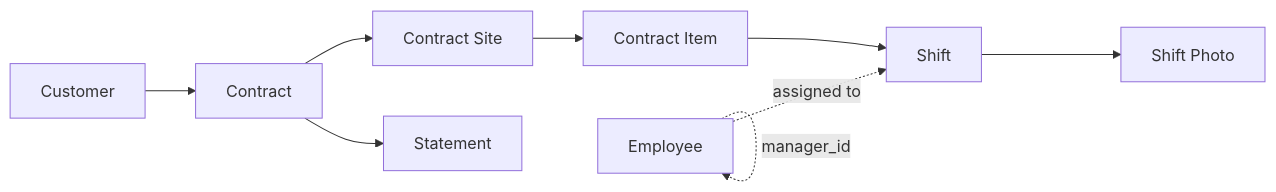
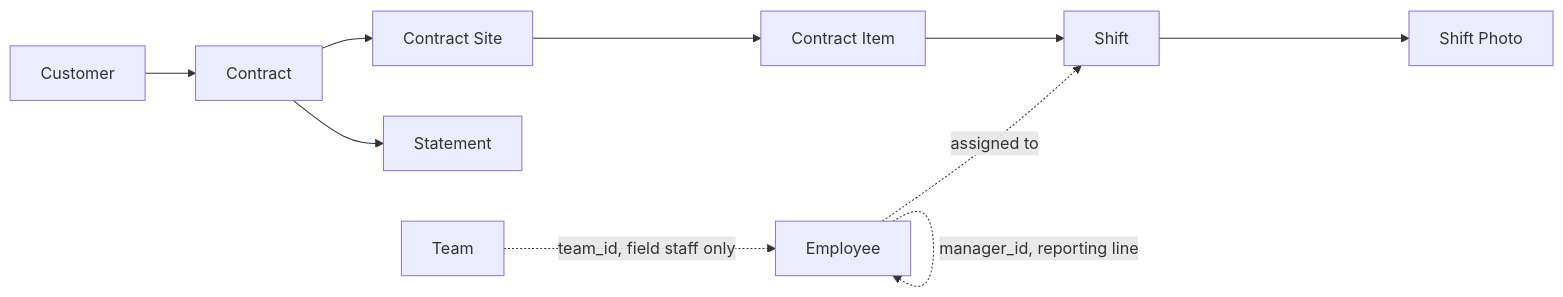
Before and after one commit to dDxCg/contrack: the fourth of 5 diagrams in README.md, drawn with Mermaid. The commit also changed other lines of this file and 4 other files, not shown here.

````diff
--- a/README.md
+++ b/README.md
@@ -174,8 +178,9 @@
 ```mermaid
 flowchart LR
     Customer --> Contract --> Site["Contract Site"] --> Item["Contract Item"] --> Shift
     Shift --> Photo["Shift Photo"]
     Contract --> Statement
     Employee -.->|assigned to| Shift
-    Employee -.->|manager_id| Employee
+    Employee -.->|manager_id, reporting line| Employee
+    Team -.->|team_id, field staff only| Employee
 ```
````
